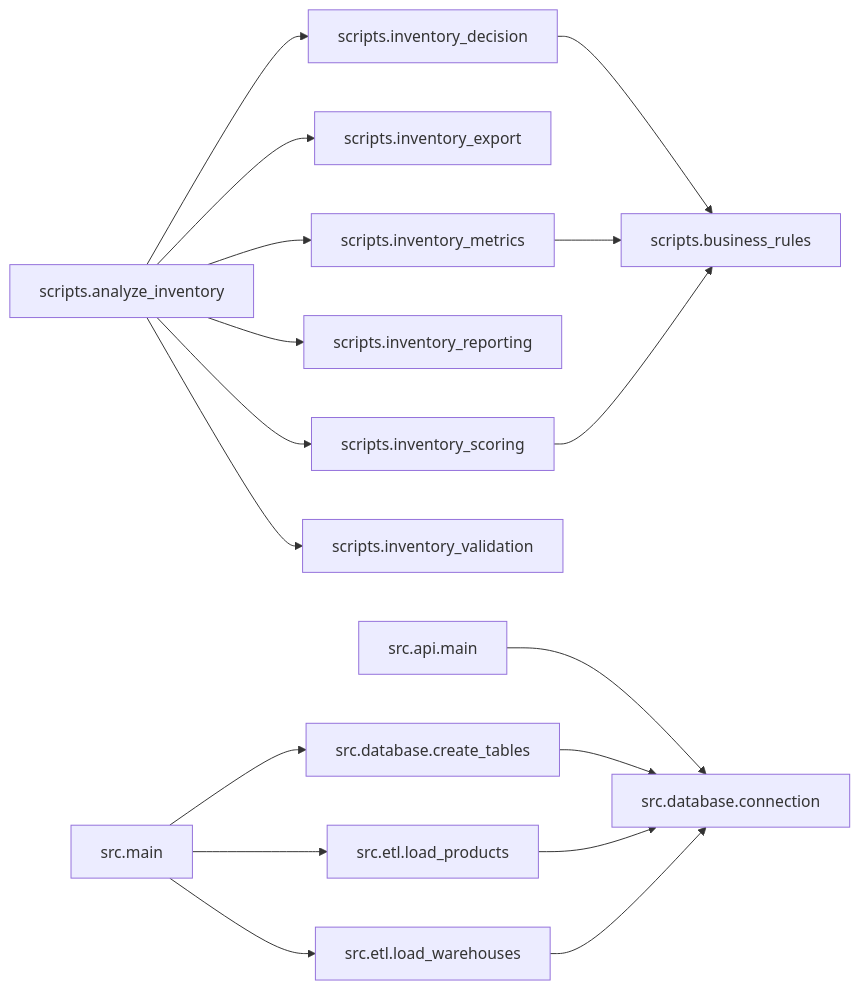
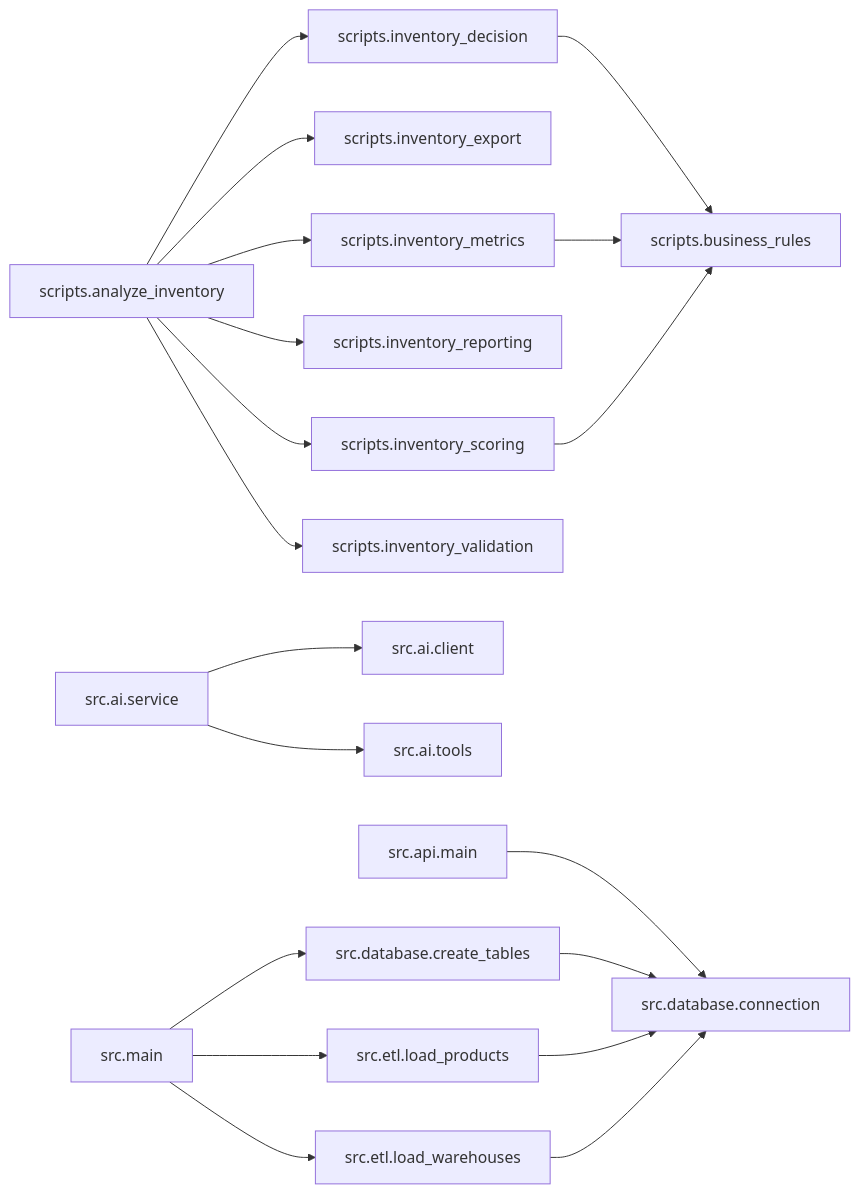
One commit to RodsSoares/ai-supply-chain-copilot changed the diagram in docs/project_audit/PROJECT_AUDIT.md. Above: the diagram before and after it, drawn with Mermaid. The commit also changed other lines of this file and 7 other files, not shown here.

````diff
--- a/docs/project_audit/PROJECT_AUDIT.md
+++ b/docs/project_audit/PROJECT_AUDIT.md
@@ -322,19 +357,21 @@
 ```mermaid
 flowchart LR
     scripts_analyze_inventory["scripts.analyze_inventory"] --> scripts_inventory_decision["scripts.inventory_decision"]
     scripts_analyze_inventory["scripts.analyze_inventory"] --> scripts_inventory_export["scripts.inventory_export"]
     scripts_analyze_inventory["scripts.analyze_inventory"] --> scripts_inventory_metrics["scripts.inventory_metrics"]
     scripts_analyze_inventory["scripts.analyze_inventory"] --> scripts_inventory_reporting["scripts.inventory_reporting"]
     scripts_analyze_inventory["scripts.analyze_inventory"] --> scripts_inventory_scoring["scripts.inventory_scoring"]
     scripts_analyze_inventory["scripts.analyze_inventory"] --> scripts_inventory_validation["scripts.inventory_validation"]
     scripts_inventory_decision["scripts.inventory_decision"] --> scripts_business_rules["scripts.business_rules"]
     scripts_inventory_metrics["scripts.inventory_metrics"] --> scripts_business_rules["scripts.business_rules"]
     scripts_inventory_scoring["scripts.inventory_scoring"] --> scripts_business_rules["scripts.business_rules"]
+    src_ai_service["src.ai.service"] --> src_ai_client["src.ai.client"]
+    src_ai_service["src.ai.service"] --> src_ai_tools["src.ai.tools"]
     src_api_main["src.api.main"] --> src_database_connection["src.database.connection"]
     src_database_create_tables["src.database.create_tables"] --> src_database_connection["src.database.connection"]
     src_etl_load_products["src.etl.load_products"] --> src_database_connection["src.database.connection"]
     src_etl_load_warehouses["src.etl.load_warehouses"] --> src_database_connection["src.database.connection"]
     src_main["src.main"] --> src_database_create_tables["src.database.create_tables"]
     src_main["src.main"] --> src_etl_load_products["src.etl.load_products"]
     src_main["src.main"] --> src_etl_load_warehouses["src.etl.load_warehouses"]
 ```
````
